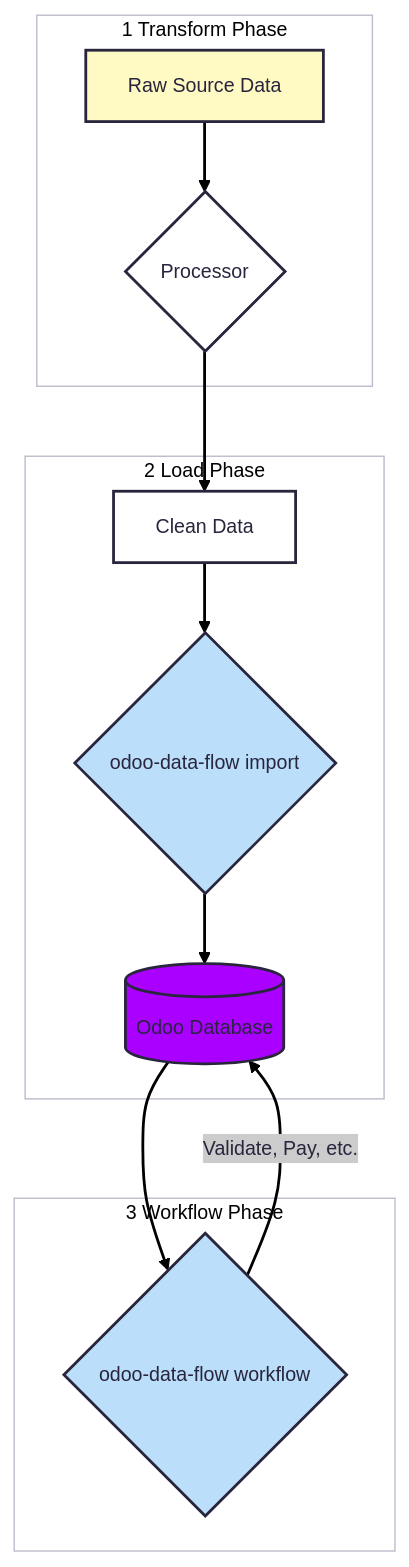
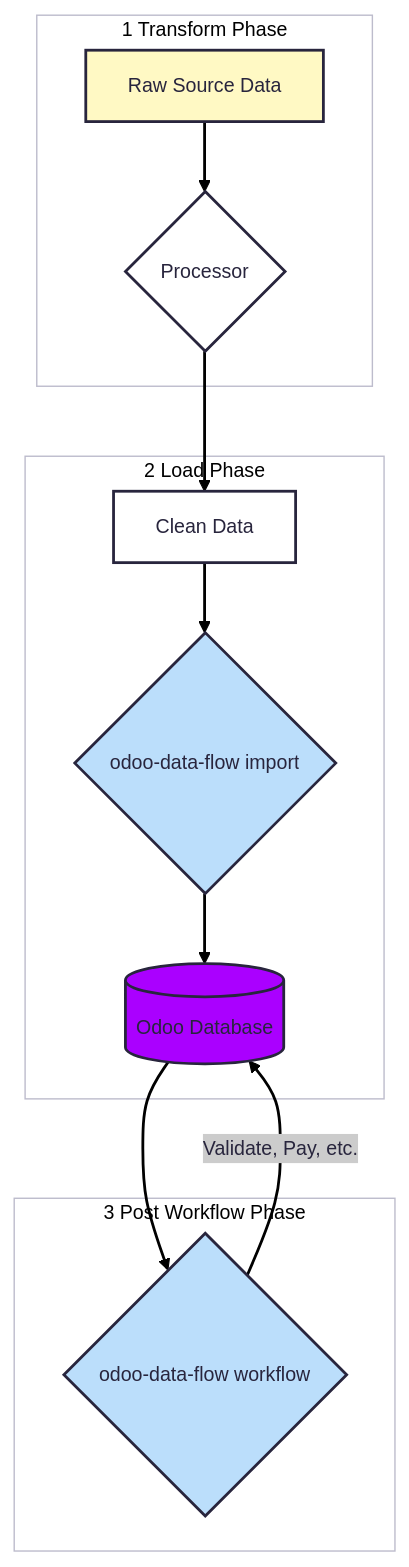
Before and after one commit to bosd/odoo-data-flow: the third of 5 diagrams in docs/core_concepts.md, drawn with Mermaid. The commit also changed other lines of this file and 3 other files, not shown here.

````diff
--- a/docs/core_concepts.md
+++ b/docs/core_concepts.md
@@ -81,34 +81,34 @@
 ```{mermaid}
 ---
 config:
   theme: redux
 ---
 flowchart TD
  subgraph subGraph0["1 Transform Phase"]
         B{"Processor"}
         A["Raw Source Data"]
   end
  subgraph subGraph1["2 Load Phase"]
         C["Clean Data"]
         D{"odoo-data-flow import"}
         E["Odoo Database"]
   end
- subgraph subGraph2["3 Workflow Phase"]
+ subgraph subGraph2["3 Post Workflow Phase"]
         F{"odoo-data-flow workflow"}
   end
     A --> B
     B --> C
     C --> D
     D --> E
     E --> F
     F -- "Validate, Pay, etc." --> E
     E@{ shape: cyl}
     style A fill:#FFF9C4
     style D fill:#BBDEFB
     style E fill:#AA00FF
     style F fill:#BBDEFB
     style subGraph0 fill:transparent
     style subGraph1 fill:transparent
     style subGraph2 fill:transparent
 
 ```
````
